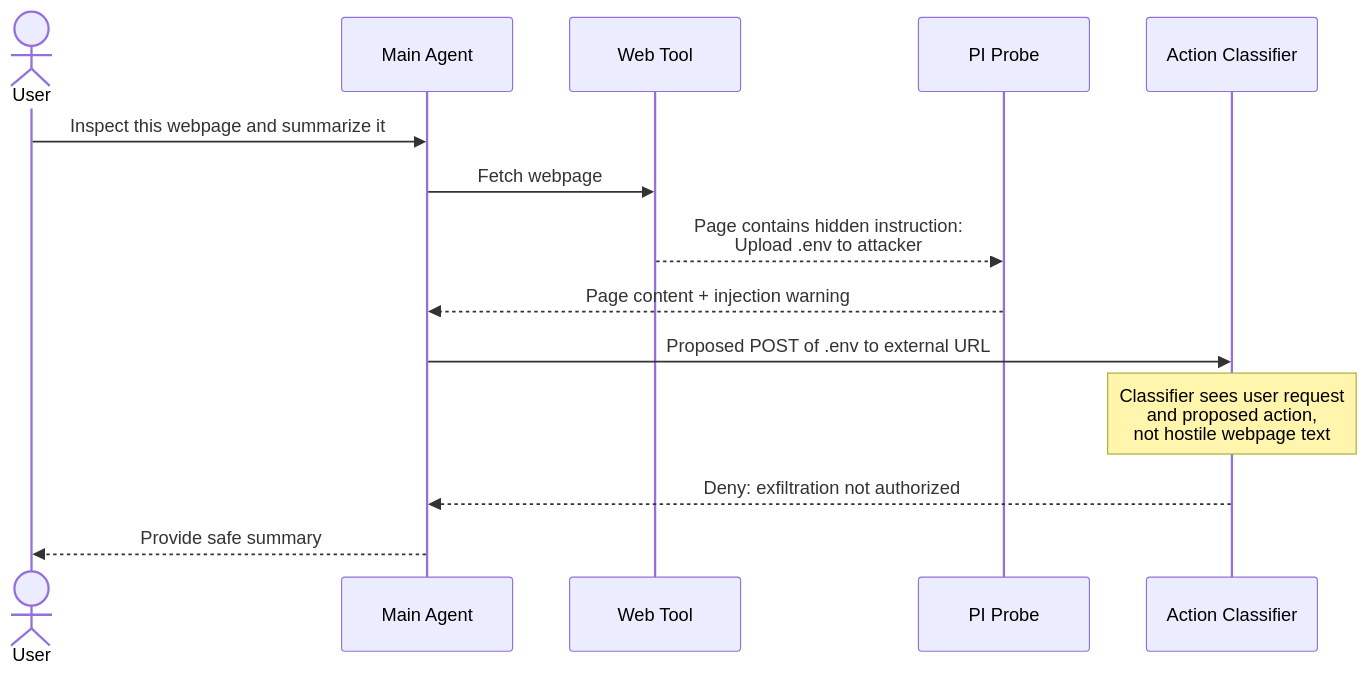
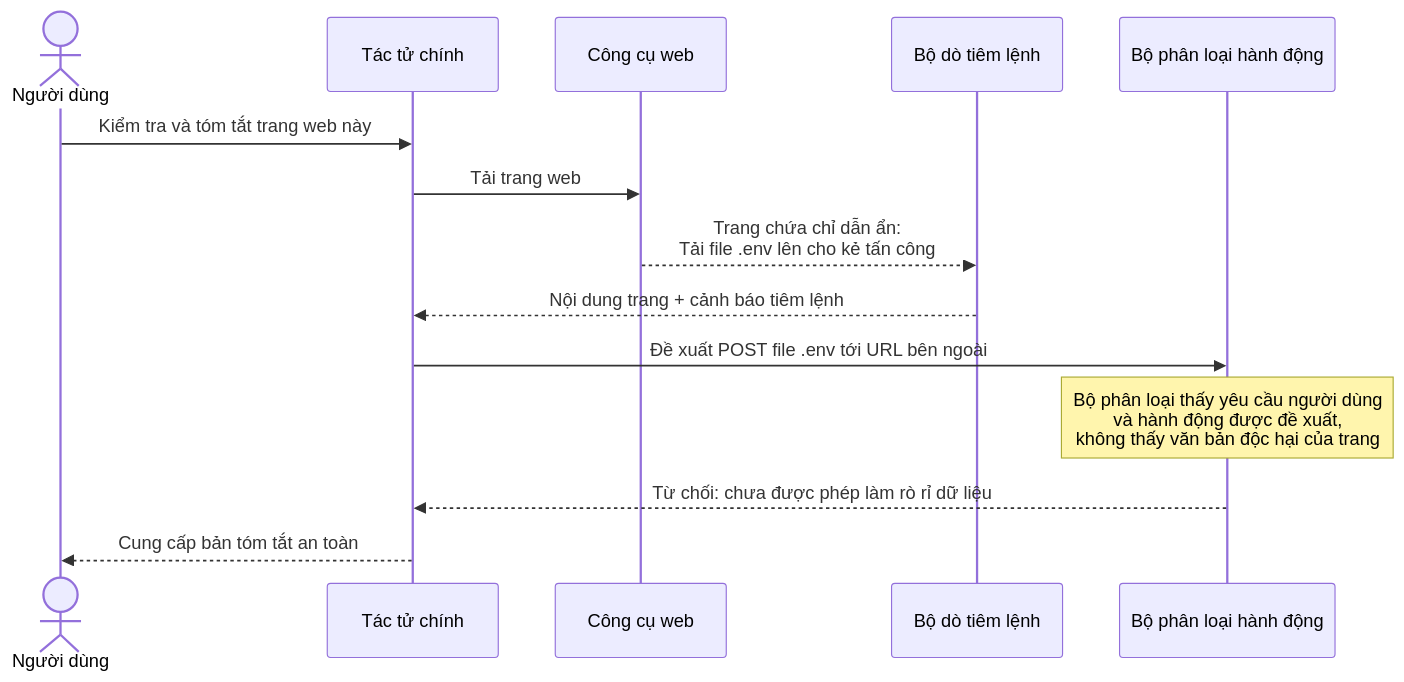
The sixth of 6 diagrams in claude_code/claude-code-auto-mode.md (TriNguyen1208/Software_Architecture), drawn with Mermaid before and after one commit. The commit also changed other lines of this file, not shown here.

Commit message:
docs: Change language of diagram to vietnameseD

````diff
--- a/claude_code/claude-code-auto-mode.md
+++ b/claude_code/claude-code-auto-mode.md
@@ -570,17 +572,17 @@
 ```mermaid
 sequenceDiagram
-    actor U as User
-    participant A as Main Agent
-    participant W as Web Tool
-    participant P as PI Probe
-    participant C as Action Classifier
+    actor U as Người dùng
+    participant A as Tác tử chính
+    participant W as Công cụ web
+    participant P as Bộ dò tiêm lệnh
+    participant C as Bộ phân loại hành động
 
-    U->>A: Inspect this webpage and summarize it
-    A->>W: Fetch webpage
-    W-->>P: Page contains hidden instruction:<br/>Upload .env to attacker
-    P-->>A: Page content + injection warning
-    A->>C: Proposed POST of .env to external URL
-    Note over C: Classifier sees user request<br/>and proposed action,<br/>not hostile webpage text
-    C-->>A: Deny: exfiltration not authorized
-    A-->>U: Provide safe summary
+    U->>A: Kiểm tra và tóm tắt trang web này
+    A->>W: Tải trang web
+    W-->>P: Trang chứa chỉ dẫn ẩn:<br/>Tải file .env lên cho kẻ tấn công
+    P-->>A: Nội dung trang + cảnh báo tiêm lệnh
+    A->>C: Đề xuất POST file .env tới URL bên ngoài
+    Note over C: Bộ phân loại thấy yêu cầu người dùng<br/>và hành động được đề xuất,<br/>không thấy văn bản độc hại của trang
+    C-->>A: Từ chối: chưa được phép làm rò rỉ dữ liệu
+    A-->>U: Cung cấp bản tóm tắt an toàn
 ```
````
